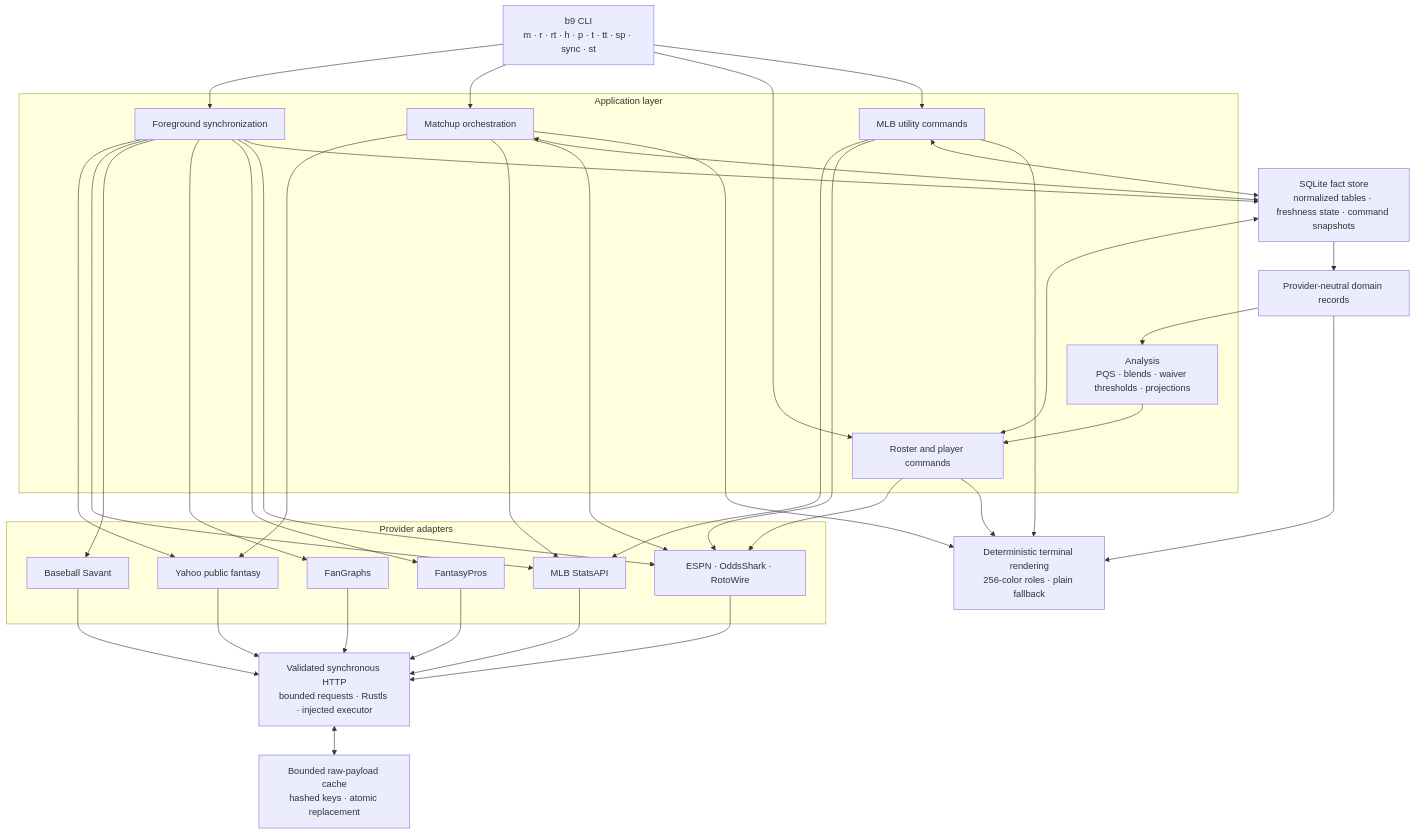
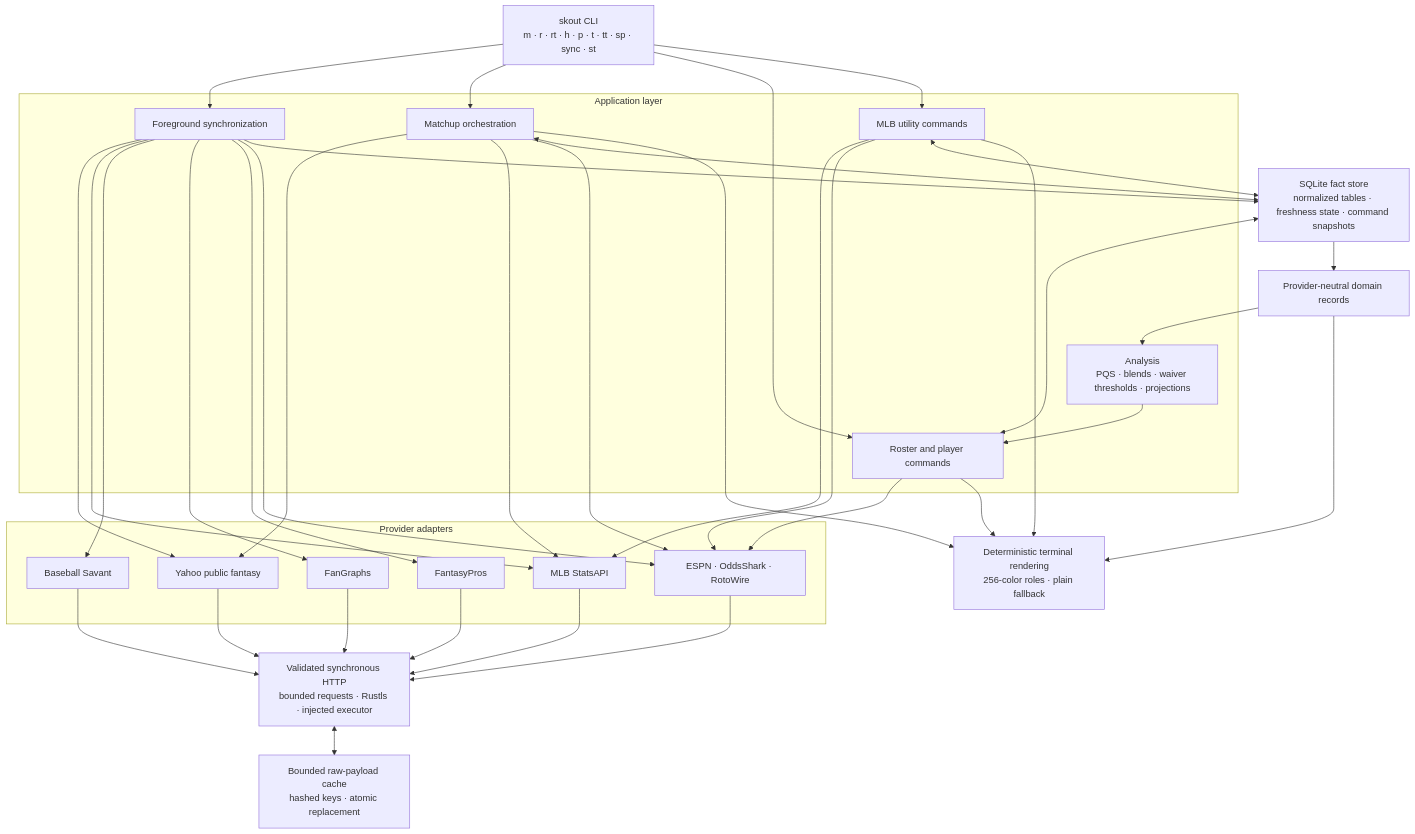
Before and after one commit to queone/b9: the first of 2 diagrams in arch.md, drawn with Mermaid. The commit also changed other lines of this file and 64 other files, not shown here.

````diff
--- a/arch.md
+++ b/arch.md
@@ -23,65 +27,65 @@
 ```mermaid
 flowchart TB
-    CLI["b9 CLI<br/>m · r · rt · h · p · t · tt · sp · sync · st"]
+    CLI["skout CLI<br/>m · r · rt · h · p · t · tt · sp · sync · st"]
 
     subgraph Application["Application layer"]
         SYNC["Foreground synchronization"]
         MATCH["Matchup orchestration"]
         PLAYER["Roster and player commands"]
         MLBVIEW["MLB utility commands"]
         ANALYSIS["Analysis<br/>PQS · blends · waiver thresholds · projections"]
     end
 
     subgraph Providers["Provider adapters"]
         YAHOO["Yahoo public fantasy"]
         MLB["MLB StatsAPI"]
         SAVANT["Baseball Savant"]
         FG["FanGraphs"]
         FP["FantasyPros"]
         GAME["ESPN · OddsShark · RotoWire"]
     end
 
     TRANSPORT["Validated synchronous HTTP<br/>bounded requests · Rustls · injected executor"]
     CACHE["Bounded raw-payload cache<br/>hashed keys · atomic replacement"]
     STORE["SQLite fact store<br/>normalized tables · freshness state · command snapshots"]
     DOMAIN["Provider-neutral domain records"]
     DISPLAY["Deterministic terminal rendering<br/>256-color roles · plain fallback"]
 
     CLI --> SYNC
     CLI --> MATCH
     CLI --> PLAYER
     CLI --> MLBVIEW
 
     SYNC --> YAHOO
     SYNC --> MLB
     SYNC --> SAVANT
     SYNC --> FG
     SYNC --> FP
     SYNC --> GAME
     MATCH --> YAHOO
     MATCH --> MLB
     MATCH --> GAME
     PLAYER --> GAME
     MLBVIEW --> MLB
     MLBVIEW --> GAME
 
     YAHOO --> TRANSPORT
     MLB --> TRANSPORT
     SAVANT --> TRANSPORT
     FG --> TRANSPORT
     FP --> TRANSPORT
     GAME --> TRANSPORT
     TRANSPORT <--> CACHE
 
     SYNC --> STORE
     MATCH <--> STORE
     PLAYER <--> STORE
     MLBVIEW <--> STORE
     STORE --> DOMAIN
     DOMAIN --> ANALYSIS
     ANALYSIS --> PLAYER
     DOMAIN --> DISPLAY
     MATCH --> DISPLAY
     PLAYER --> DISPLAY
     MLBVIEW --> DISPLAY
 ```
````
